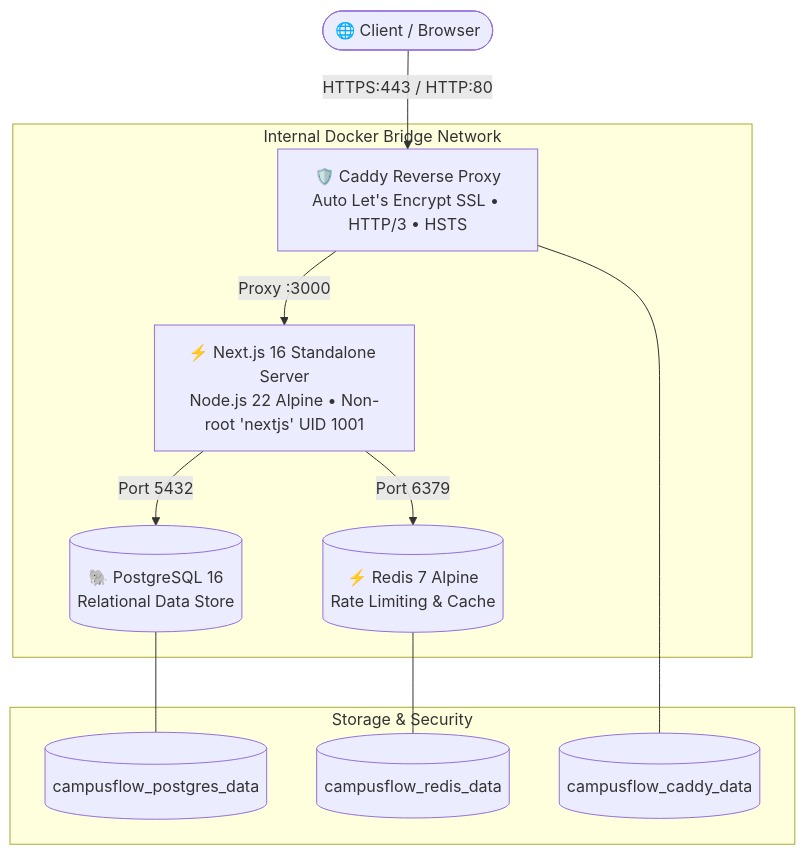
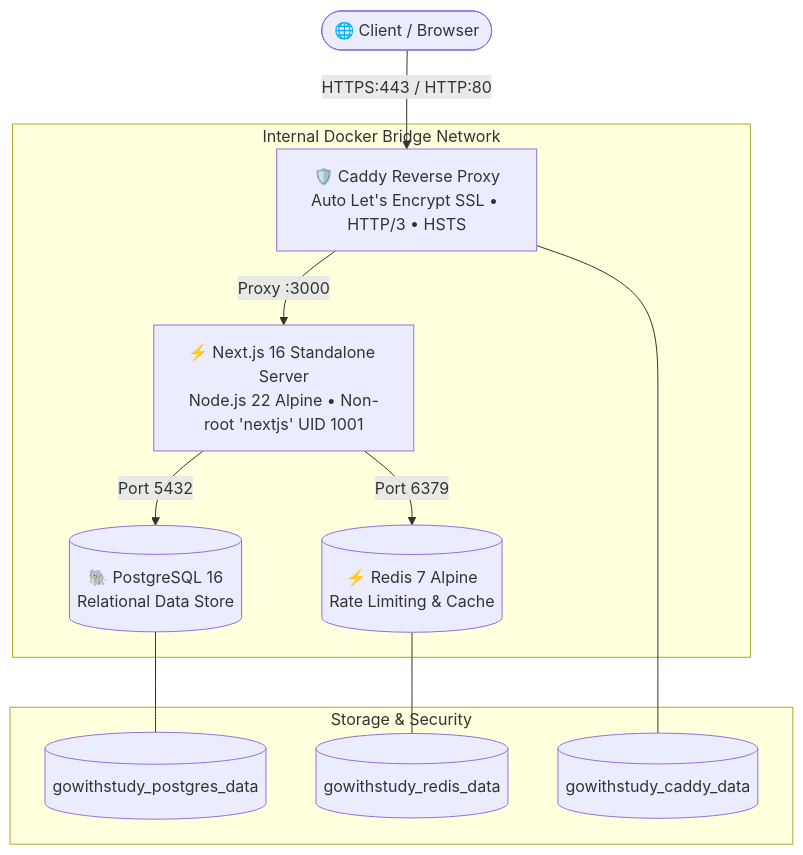
The first of 3 diagrams in README.md (igaurav25/gowithstudy), drawn with Mermaid before and after one commit. The commit also changed other lines of this file and 14 other files, not shown here.

````diff
--- a/README.md
+++ b/README.md
@@ -61,16 +61,16 @@
 ```mermaid
 graph TD
     Client([🌐 Client / Browser]) -->|HTTPS:443 / HTTP:80| Caddy[🛡️ Caddy Reverse Proxy<br/>Auto Let's Encrypt SSL • HTTP/3 • HSTS]
     
-    subgraph CampusFlow Internal Network [Internal Docker Bridge Network]
+    subgraph GoWithStudy Internal Network [Internal Docker Bridge Network]
         Caddy -->|Proxy :3000| Web[⚡ Next.js 16 Standalone Server<br/>Node.js 22 Alpine • Non-root 'nextjs' UID 1001]
         Web -->|Port 5432| DB[(🐘 PostgreSQL 16<br/>Relational Data Store)]
         Web -->|Port 6379| Redis[(⚡ Redis 7 Alpine<br/>Rate Limiting & Cache)]
     end
 
     subgraph Storage & Security
-        DB --- VolDB[(campusflow_postgres_data)]
-        Redis --- VolRedis[(campusflow_redis_data)]
-        Caddy --- VolSSL[(campusflow_caddy_data)]
+        DB --- VolDB[(gowithstudy_postgres_data)]
+        Redis --- VolRedis[(gowithstudy_redis_data)]
+        Caddy --- VolSSL[(gowithstudy_caddy_data)]
     end
 ```
````
